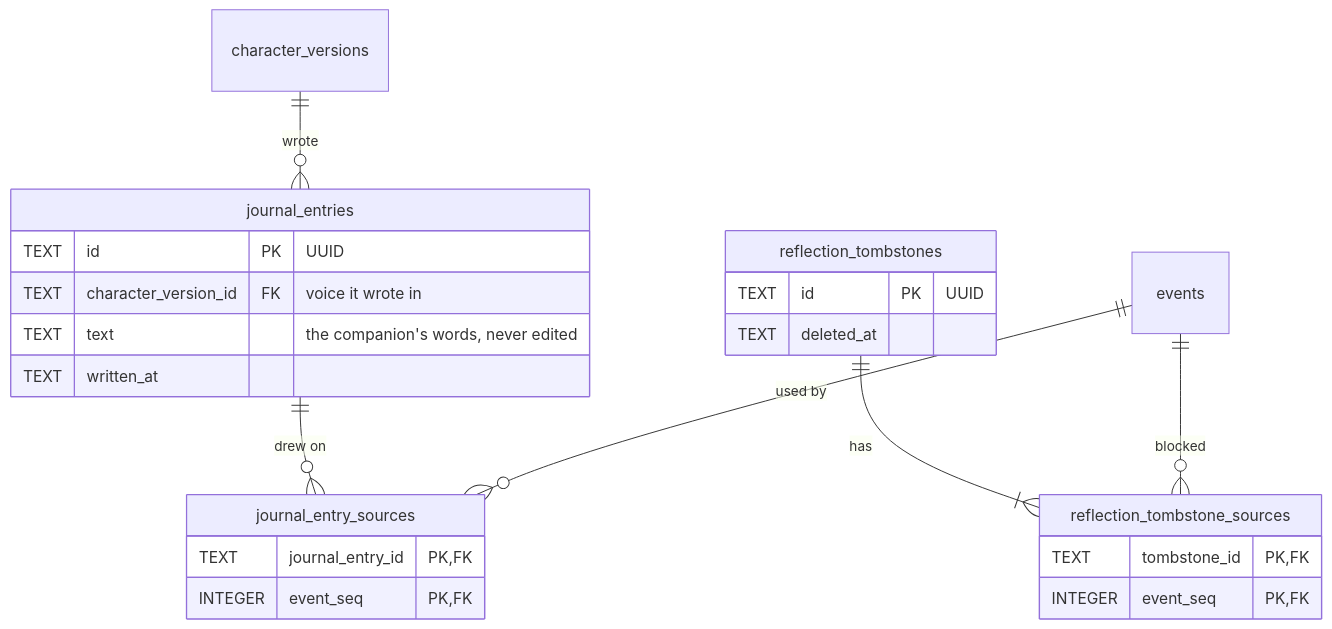
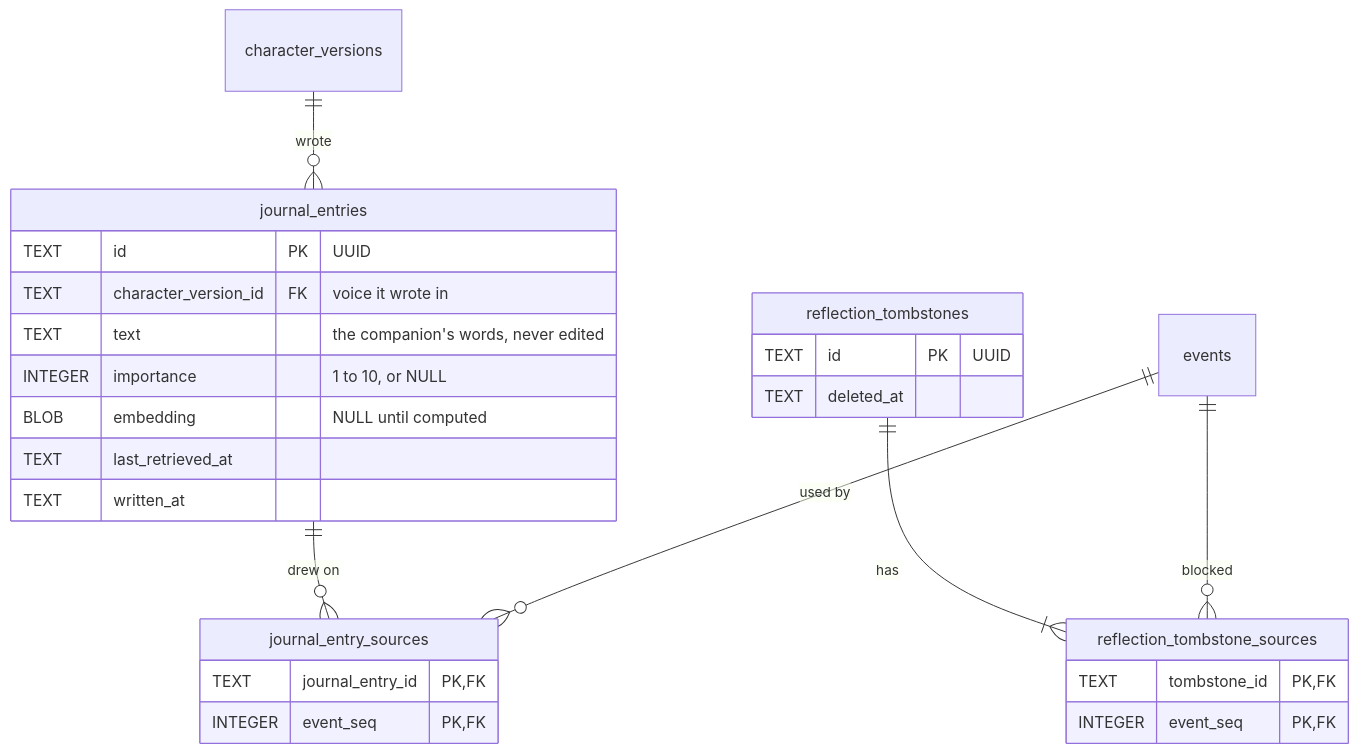
Before and after one commit to NguyenVu04/cognia: the eighth of 10 diagrams in docs/ERD.md, drawn with Mermaid. The commit also changed other lines of this file and 24 other files, not shown here.

````diff
--- a/docs/ERD.md
+++ b/docs/ERD.md
@@ -751,26 +777,29 @@
 ```mermaid
 erDiagram
     journal_entries {
         TEXT id PK "UUID"
         TEXT character_version_id FK "voice it wrote in"
         TEXT text "the companion's words, never edited"
+        INTEGER importance "1 to 10, or NULL"
+        BLOB embedding "NULL until computed"
+        TEXT last_retrieved_at
         TEXT written_at
     }
     journal_entry_sources {
         TEXT journal_entry_id PK, FK
         INTEGER event_seq PK, FK
     }
     reflection_tombstones {
         TEXT id PK "UUID"
         TEXT deleted_at
     }
     reflection_tombstone_sources {
         TEXT tombstone_id PK, FK
         INTEGER event_seq PK, FK
     }
     character_versions ||--o{ journal_entries : "wrote"
     journal_entries ||--o{ journal_entry_sources : "drew on"
     events ||--o{ journal_entry_sources : "used by"
     reflection_tombstones ||--|{ reflection_tombstone_sources : "has"
     events ||--o{ reflection_tombstone_sources : "blocked"
 ```
````
